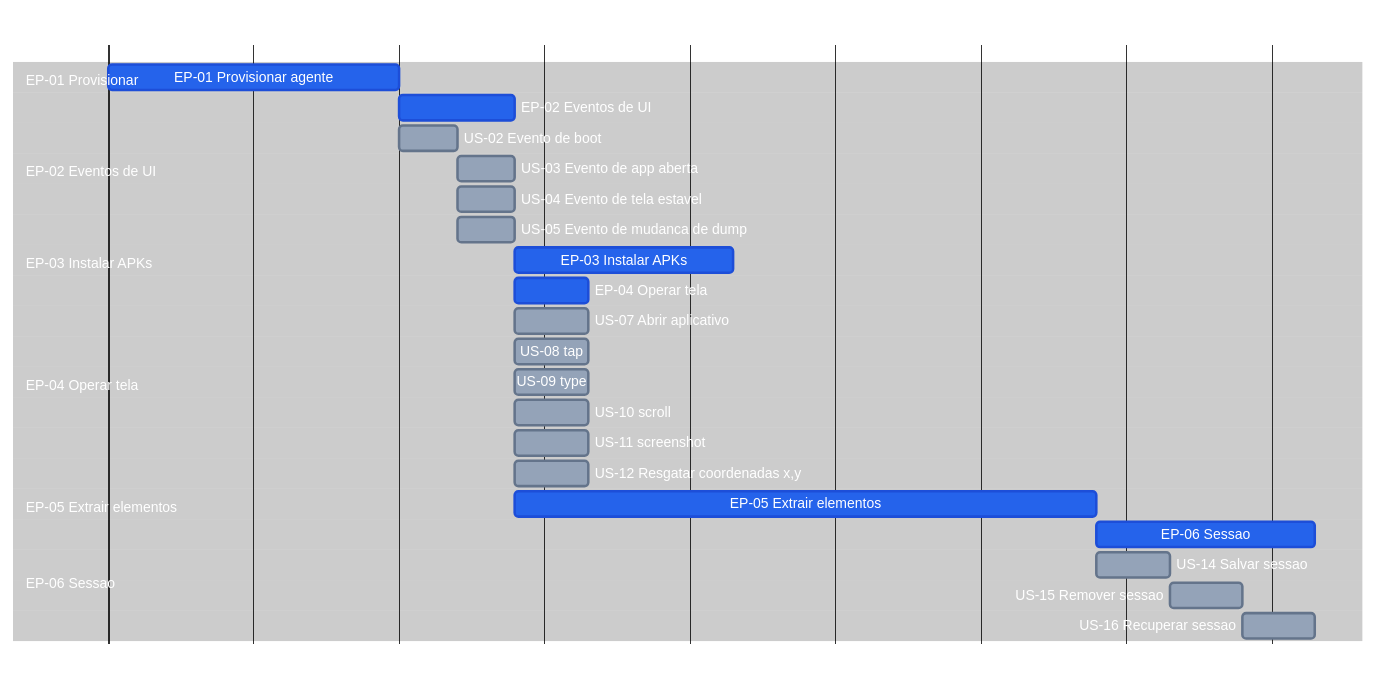
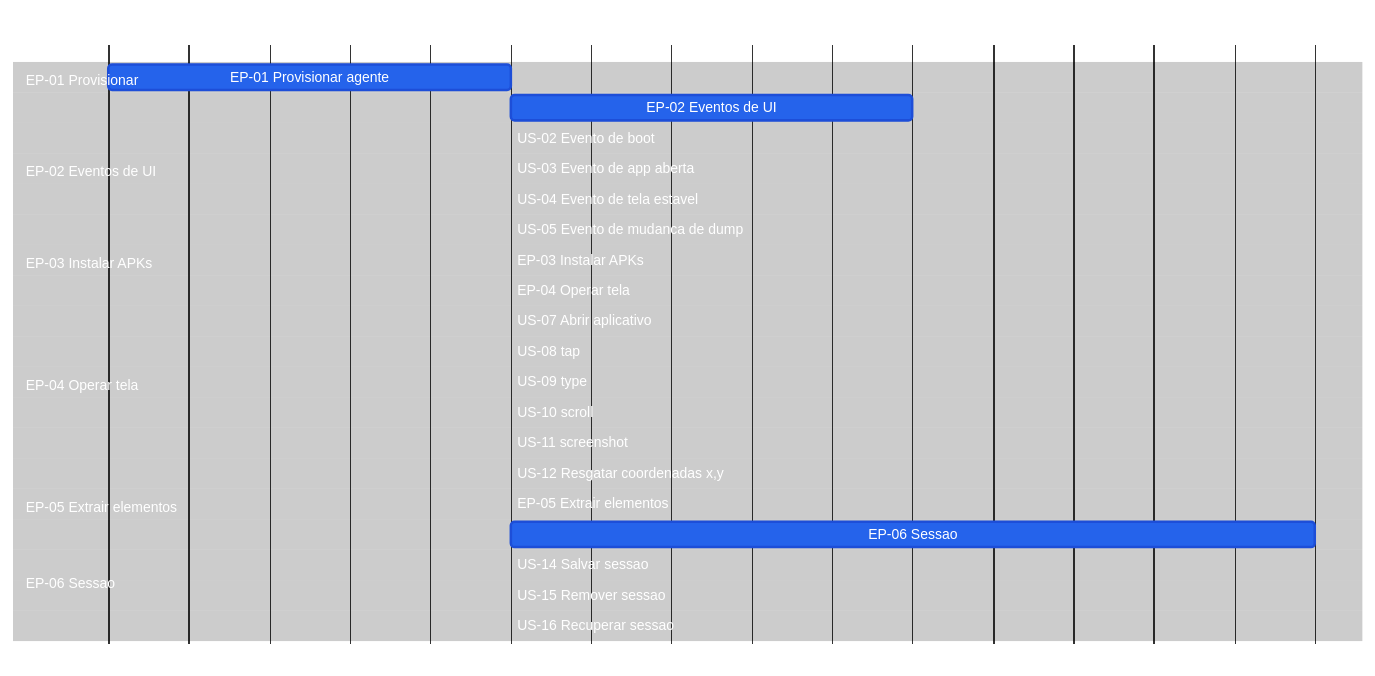
One commit to laerciogermano/workstation changed the diagram in connectmax/screen-robot/roadmap.md. Above: the diagram before and after it, drawn with Mermaid. The commit also changed other lines of this file and 2 other files, not shown here.

Commit message:
Iguala o tamanho visual das folhas no Gantt do roadmap.

````diff
--- a/connectmax/screen-robot/roadmap.md
+++ b/connectmax/screen-robot/roadmap.md
@@ -9,70 +9,70 @@
 ```mermaid
 ---
 config:
   theme: base
   themeVariables:
     darkMode: true
     background: '#000000'
     primaryTextColor: '#ffffff'
     secondaryTextColor: '#ffffff'
     tertiaryTextColor: '#ffffff'
     textColor: '#ffffff'
     lineColor: '#333333'
     mainBkg: '#000000'
     secondaryColor: '#000000'
     tertiaryColor: '#000000'
     sectionBkgColor: '#000000'
     sectionBkgColor2: '#000000'
     altSectionBkgColor: '#000000'
     gridColor: '#222222'
     excludeBkgColor: '#000000'
     todayLineColor: '#444444'
     doneTaskBkgColor: '#2563eb'
     doneTaskBorderColor: '#1d4ed8'
     taskBkgColor: '#94a3b8'
     taskBorderColor: '#64748b'
     taskTextColor: '#ffffff'
     taskTextDarkColor: '#ffffff'
     taskTextLightColor: '#ffffff'
     taskTextOutsideColor: '#ffffff'
     critBkgColor: '#2563eb'
     critBorderColor: '#1d4ed8'
     activeTaskBkgColor: '#94a3b8'
     activeTaskBorderColor: '#64748b'
 ---
 gantt
   title screen-robot EP / US
   dateFormat X
   axisFormat %s
 
   section EP-01 Provisionar
-  EP-01 Provisionar agente              :done, ep01, 0, 60m
+  EP-01 Provisionar agente              :done, ep01, 0, 1
 
   section EP-02 Eventos de UI
-  EP-02 Eventos de UI                   :done, ep02, after ep01, 24m
-  US-02 Evento de boot                  :us02, after ep01, 12m
-  US-03 Evento de app aberta            :us03, after us02, 12m
-  US-04 Evento de tela estavel          :us04, after us02, 12m
-  US-05 Evento de mudanca de dump       :us05, after us02, 12m
+  EP-02 Eventos de UI                   :done, ep02, after ep01, 2
+  US-02 Evento de boot                  :us02, after ep01, 1
+  US-03 Evento de app aberta            :us03, after us02, 1
+  US-04 Evento de tela estavel          :us04, after us02, 1
+  US-05 Evento de mudanca de dump       :us05, after us02, 1
 
   section EP-03 Instalar APKs
-  EP-03 Instalar APKs                   :done, ep03, after us05, 45m
+  EP-03 Instalar APKs                   :done, ep03, after us05, 1
 
   section EP-04 Operar tela
-  EP-04 Operar tela                     :done, ep04, after us05, 15m
-  US-07 Abrir aplicativo                :us07, after us05, 15m
-  US-08 tap                             :us08, after us05, 15m
-  US-09 type                            :us09, after us05, 15m
-  US-10 scroll                          :us10, after us05, 15m
-  US-11 screenshot                      :us11, after us05, 15m
-  US-12 Resgatar coordenadas x,y        :us12, after us05, 15m
+  EP-04 Operar tela                     :done, ep04, after us05, 1
+  US-07 Abrir aplicativo                :us07, after us05, 1
+  US-08 tap                             :us08, after us05, 1
+  US-09 type                            :us09, after us05, 1
+  US-10 scroll                          :us10, after us05, 1
+  US-11 screenshot                      :us11, after us05, 1
+  US-12 Resgatar coordenadas x,y        :us12, after us05, 1
 
   section EP-05 Extrair elementos
-  EP-05 Extrair elementos               :done, ep05, after us05, 120m
+  EP-05 Extrair elementos               :done, ep05, after us05, 1
 
   section EP-06 Sessao
-  EP-06 Sessao                          :done, ep06, after ep05, 45m
-  US-14 Salvar sessao                   :us14, after ep05, 15m
-  US-15 Remover sessao                  :us15, after us14, 15m
-  US-16 Recuperar sessao                :us16, after us15, 15m
+  EP-06 Sessao                          :done, ep06, after ep05, 3
+  US-14 Salvar sessao                   :us14, after ep05, 1
+  US-15 Remover sessao                  :us15, after us14, 1
+  US-16 Recuperar sessao                :us16, after us15, 1
 ```
````
